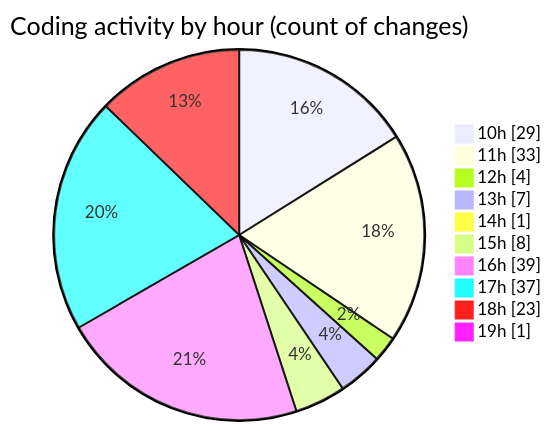
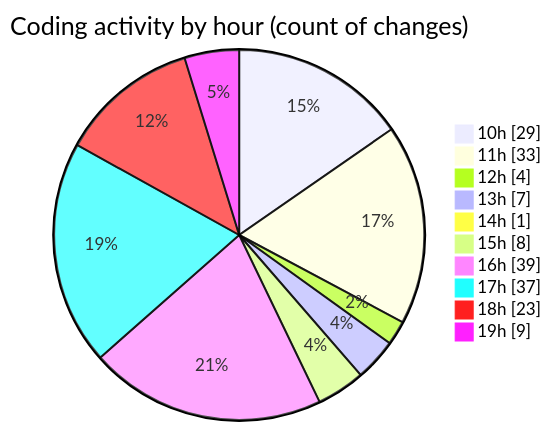
Before and after one commit to momahboobian/code-tracking: the second of 2 diagrams in 2025-06-05/cda/README.md, drawn with Mermaid. The commit also changed other lines of this file and 1 other file, not shown here.

````diff
--- a/2025-06-05/cda/README.md
+++ b/2025-06-05/cda/README.md
@@ -71,14 +71,14 @@
 ```mermaid
 pie showData
 title Coding activity by hour (count of changes)
 "10h" : 29
 "11h" : 33
 "12h" : 4
 "13h" : 7
 "14h" : 1
 "15h" : 8
 "16h" : 39
 "17h" : 37
 "18h" : 23
-"19h" : 1
+"19h" : 9
 ```
````
